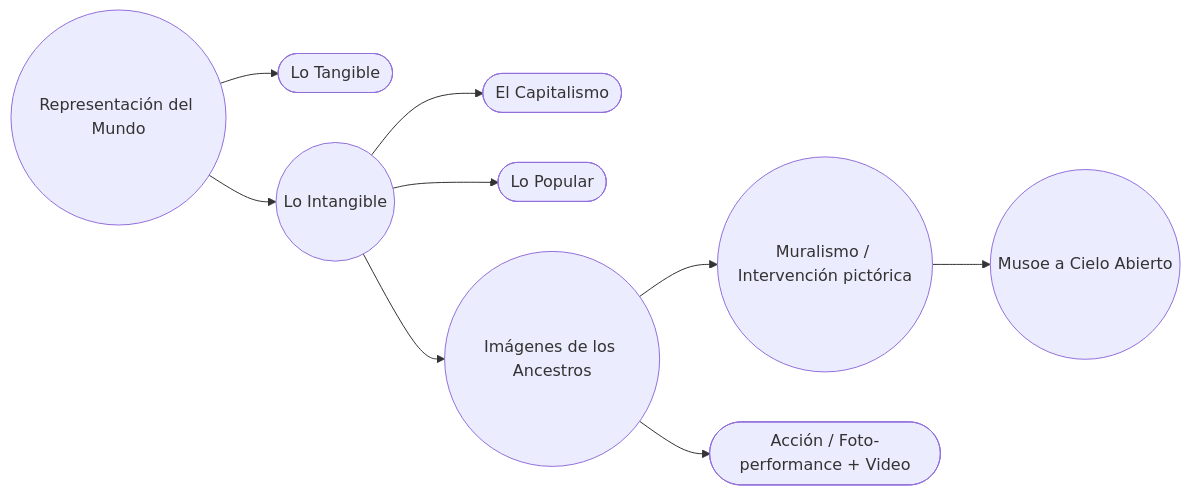
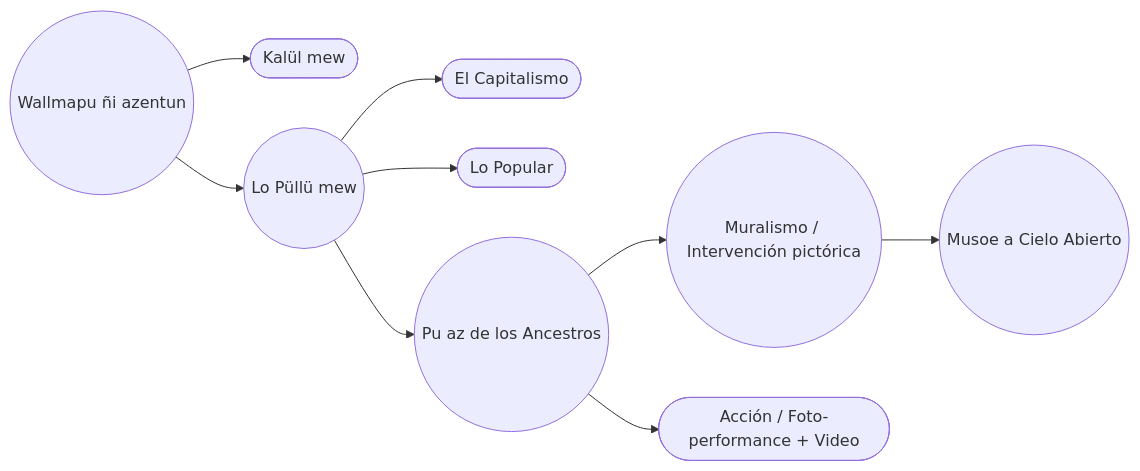
Before and after one commit to EGGS-Artesvisuales/EGGS-Artesvisuales.github.io: the diagram in MPD/musoe-a-cielo-abierto.md, drawn with Mermaid. The commit also changed other lines of this file and 43 other files, not shown here.

```diff
--- a/MPD/musoe-a-cielo-abierto.md
+++ b/MPD/musoe-a-cielo-abierto.md
@@ -24,30 +24,30 @@
 <div class="mermaid">
 flowchart LR
-  %% Página: Representación del Mundo
-  %% Regla visual:
+  %% Página: Wallmapu ñi azentun
+  %% Regla azentun:
   %% - Ruta activa (nodos tocados): ((redondos))
   %% - Hermanos / ramas fuera de ruta: ([redondeados-rectangulares])
 
-  A((Representación del Mundo)) --> T([Lo Tangible])
-  A --> I((Lo Intangible))
+  A((Wallmapu ñi azentun)) --> T([Kalül mew])
+  A --> I((Lo Püllü mew))
 
   I --> C([El Capitalismo])
   I --> P([Lo Popular])
-  I --> AN((Imágenes de los Ancestros))
+  I --> AN((Pu az de los Ancestros))
 
   AN --> AN_M((Muralismo / Intervención pictórica))
   AN --> AN_A([Acción / Foto-performance + Video])
 
   AN_M --> MCA((Musoe a Cielo Abierto))
 
   %% Links (ES/)
-  click A "/MPD/mundo-exterior.html" "Ir a Representación del Mundo"
-  click T "/MPD/tangible.html" "Ir a Lo Tangible"
-  click I "/MPD/intangible.html" "Ir a Lo Intangible"
-  click C "/MPD/en-construccion.html" "En construcción"
-  click P "/MPD/en-construccion.html" "En construcción"
-  click AN "/MPD/imagenes-ancestros.html" "Ir a Imágenes de los Ancestros"
+  click A "/MPD/mundo-exterior.html" "Ir a Wallmapu ñi azentun"
+  click T "/MPD/tangible.html" "Ir a Kalül mew"
+  click I "/MPD/intangible.html" "Ir a Lo Püllü mew"
+  click C "/MPD/en-construccion.html" "Dewmangen mew"
+  click P "/MPD/en-construccion.html" "Dewmangen mew"
+  click AN "/MPD/imagenes-ancestros.html" "Ir a Pu az de los Ancestros"
  
-  click AN_A "/MPD/en-construccion.html" "En construcción"
+  click AN_A "/MPD/en-construccion.html" "Dewmangen mew"
   click MCA "/MPD/musoe-a-cielo-abierto.html" "Ir a Musoe a Cielo Abierto"
 </div>
```
